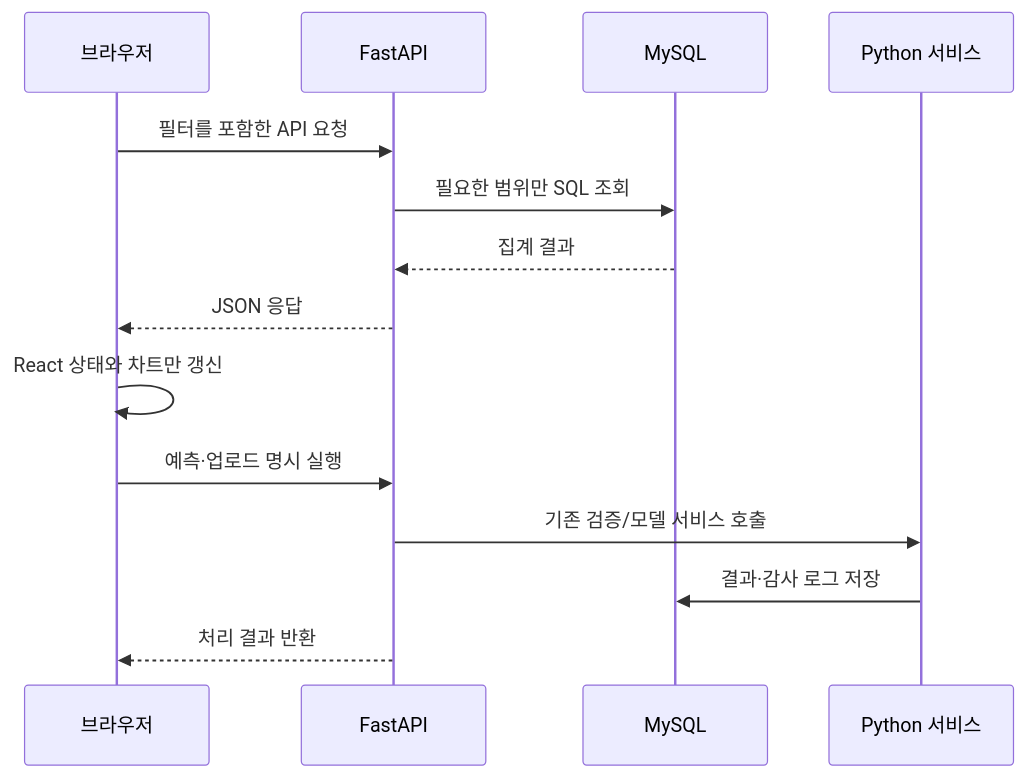
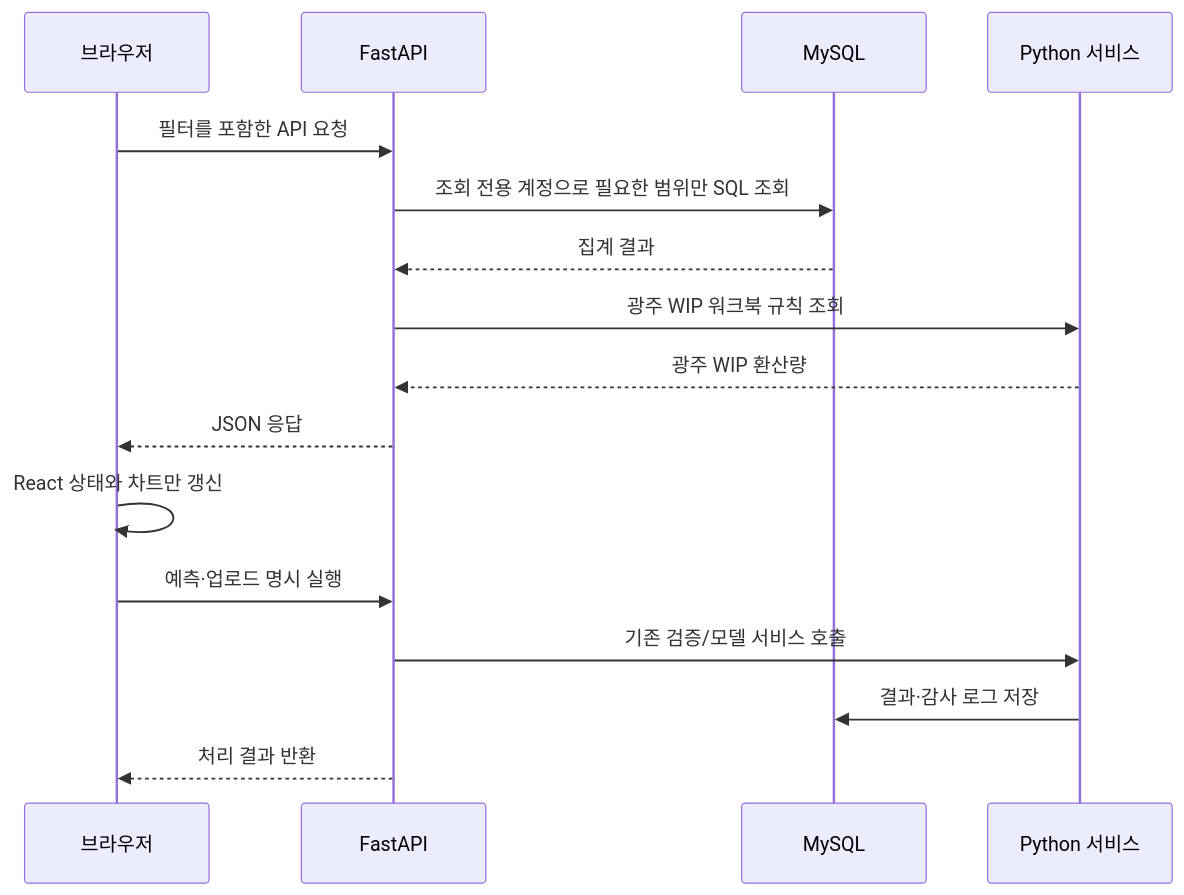
One commit to kjw413/ai-elite-bems-next changed the second of 2 diagrams in new/docs/ARCHITECTURE_KR.md. Above: the diagram before and after it, drawn with Mermaid. The commit also changed other lines of this file and 16 other files, not shown here.

````diff
--- a/new/docs/ARCHITECTURE_KR.md
+++ b/new/docs/ARCHITECTURE_KR.md
@@ -40,16 +43,18 @@
 ```mermaid
 sequenceDiagram
     participant B as 브라우저
     participant F as FastAPI
     participant D as MySQL
     participant P as Python 서비스
     B->>F: 필터를 포함한 API 요청
-    F->>D: 필요한 범위만 SQL 조회
+    F->>D: 조회 전용 계정으로 필요한 범위만 SQL 조회
     D-->>F: 집계 결과
+    F->>P: 광주 WIP 워크북 규칙 조회
+    P-->>F: 광주 WIP 환산량
     F-->>B: JSON 응답
     B->>B: React 상태와 차트만 갱신
     B->>F: 예측·업로드 명시 실행
     F->>P: 기존 검증/모델 서비스 호출
     P->>D: 결과·감사 로그 저장
     F-->>B: 처리 결과 반환
 ```
````
